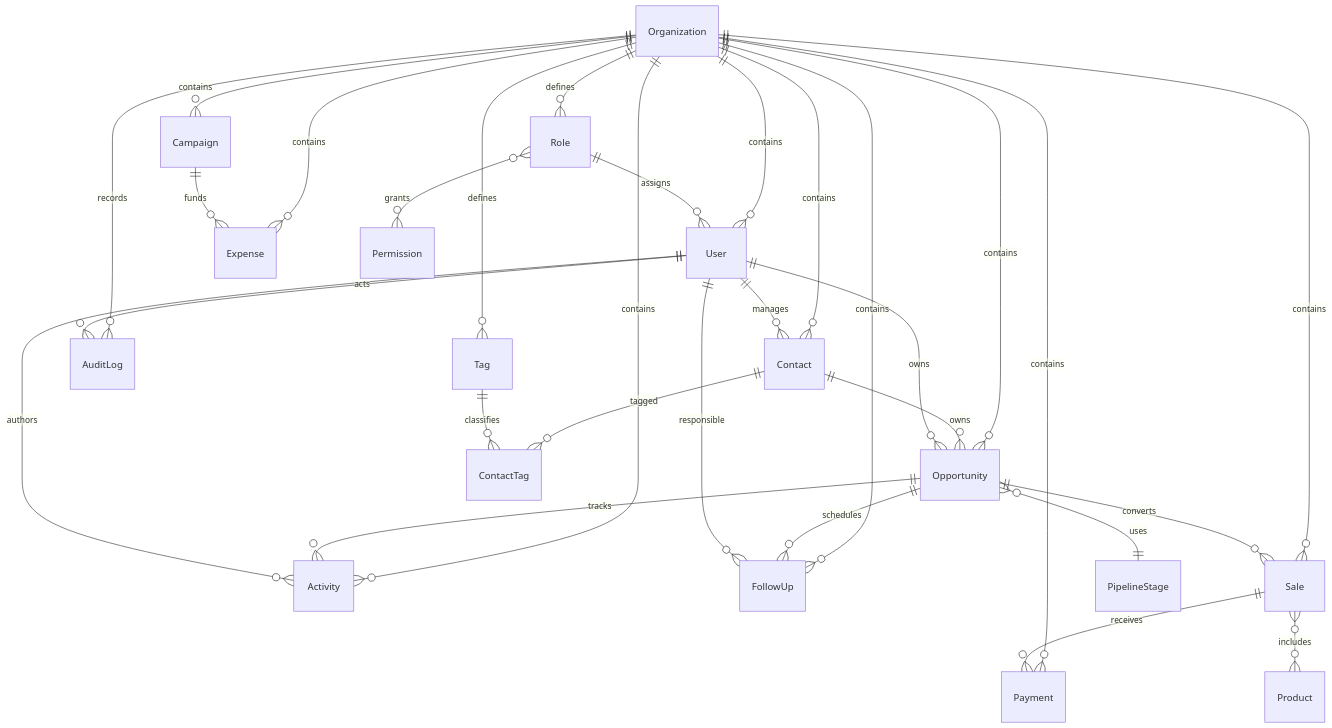
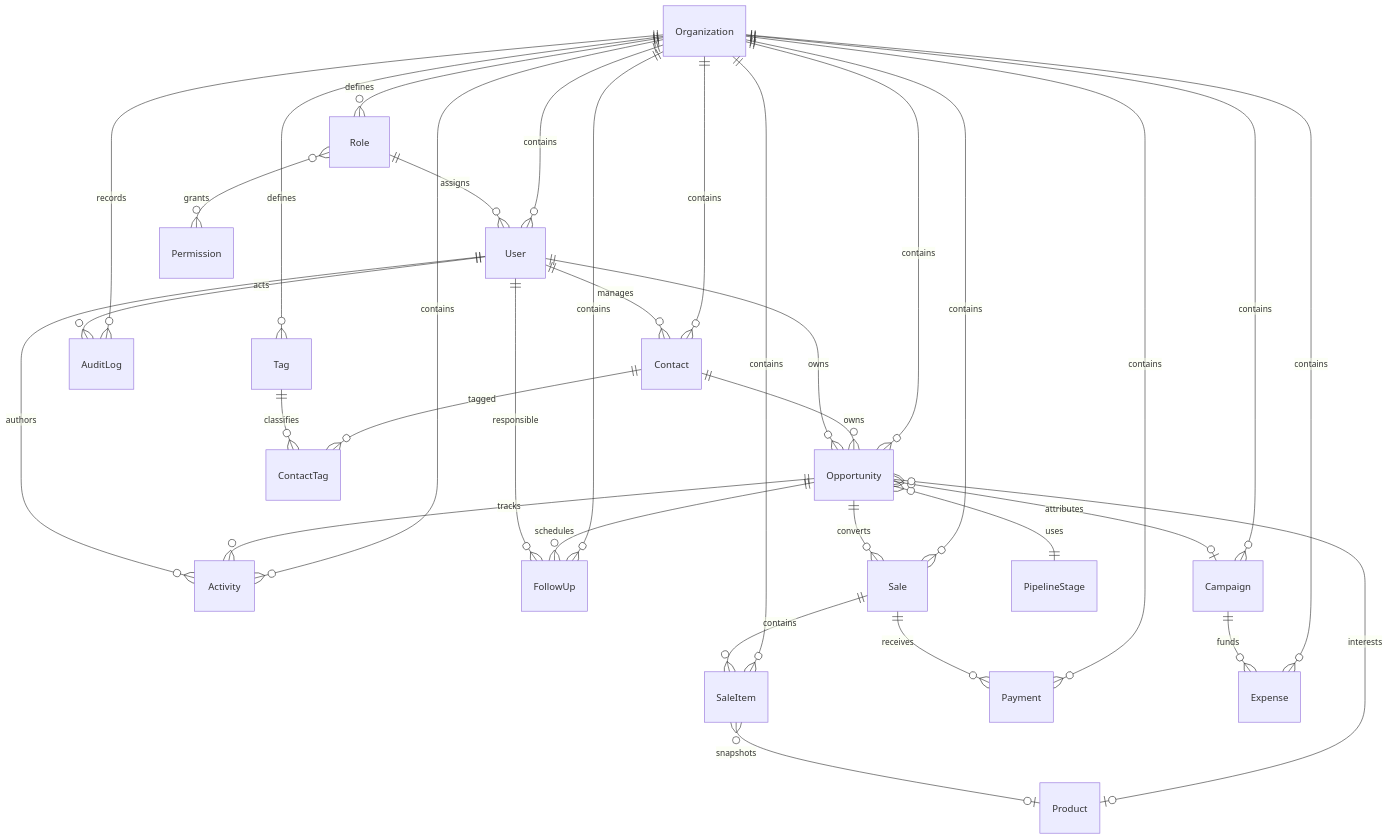
The diagram in docs/domain-model.md (MiguelTroncoso/SuperFlash_CRM), drawn with Mermaid before and after one commit. The commit also changed other lines of this file and 7 other files, not shown here.

````diff
--- a/docs/domain-model.md
+++ b/docs/domain-model.md
@@ -5,36 +5,40 @@
 ```mermaid
 erDiagram
     Organization ||--o{ User : contains
     Organization ||--o{ Contact : contains
     Organization ||--o{ Opportunity : contains
     Organization ||--o{ Activity : contains
     Organization ||--o{ FollowUp : contains
     Organization ||--o{ Sale : contains
+    Organization ||--o{ SaleItem : contains
     Organization ||--o{ Payment : contains
     Organization ||--o{ Campaign : contains
     Organization ||--o{ Expense : contains
     Organization ||--o{ AuditLog : records
 
     Organization ||--o{ Role : defines
     Role }o--o{ Permission : grants
     Role ||--o{ User : assigns
 
     User ||--o{ Contact : manages
     Contact ||--o{ Opportunity : owns
     Opportunity }o--|| PipelineStage : uses
+    Opportunity }o--o| Campaign : attributes
+    Opportunity }o--o| Product : interests
     User ||--o{ Opportunity : owns
     Opportunity ||--o{ Activity : tracks
     Opportunity ||--o{ FollowUp : schedules
     User ||--o{ FollowUp : responsible
     Opportunity ||--o{ Sale : converts
+    Sale ||--o{ SaleItem : contains
+    SaleItem }o--o| Product : snapshots
     Sale ||--o{ Payment : receives
 
     Contact ||--o{ ContactTag : tagged
     Tag ||--o{ ContactTag : classifies
     Organization ||--o{ Tag : defines
 
-    Sale }o--o{ Product : includes
     Campaign ||--o{ Expense : funds
     User ||--o{ Activity : authors
     User ||--o{ AuditLog : acts
 ```
````
